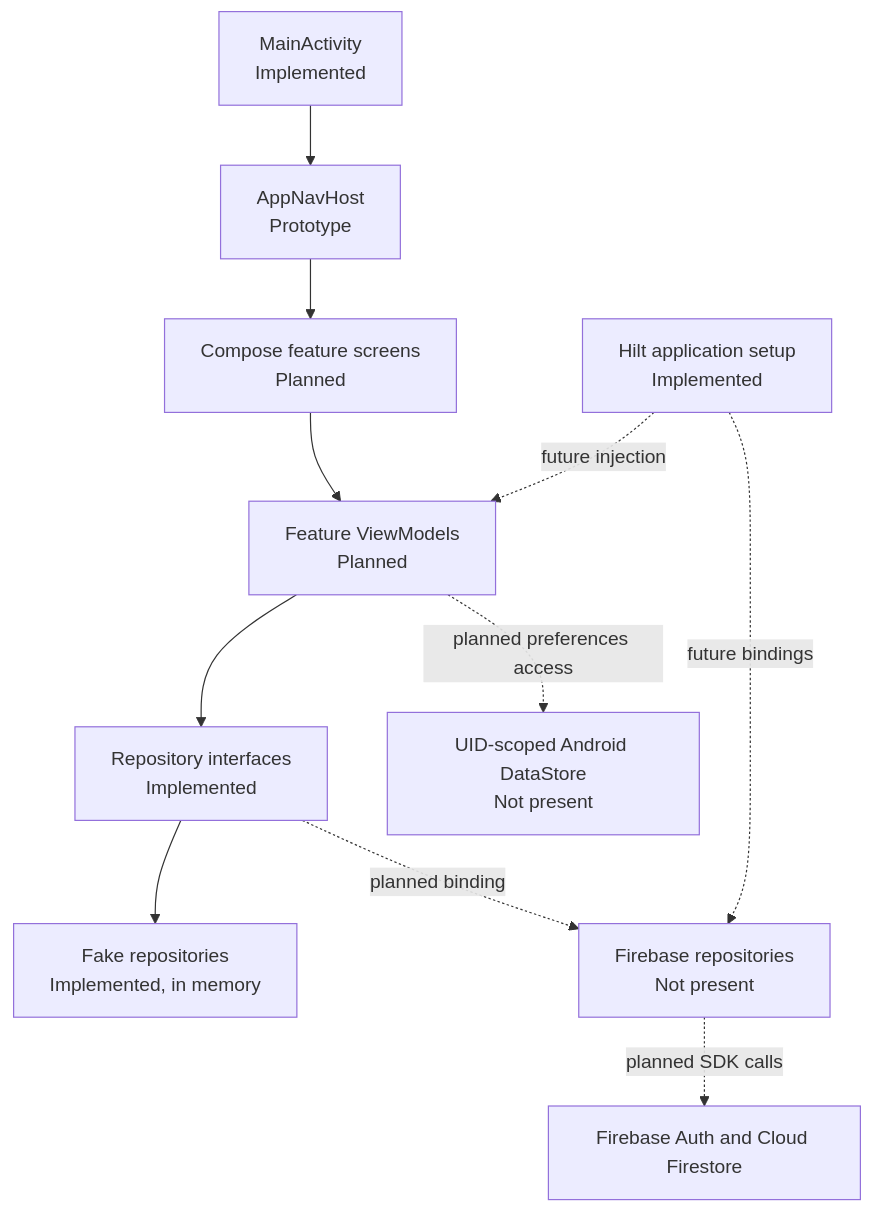
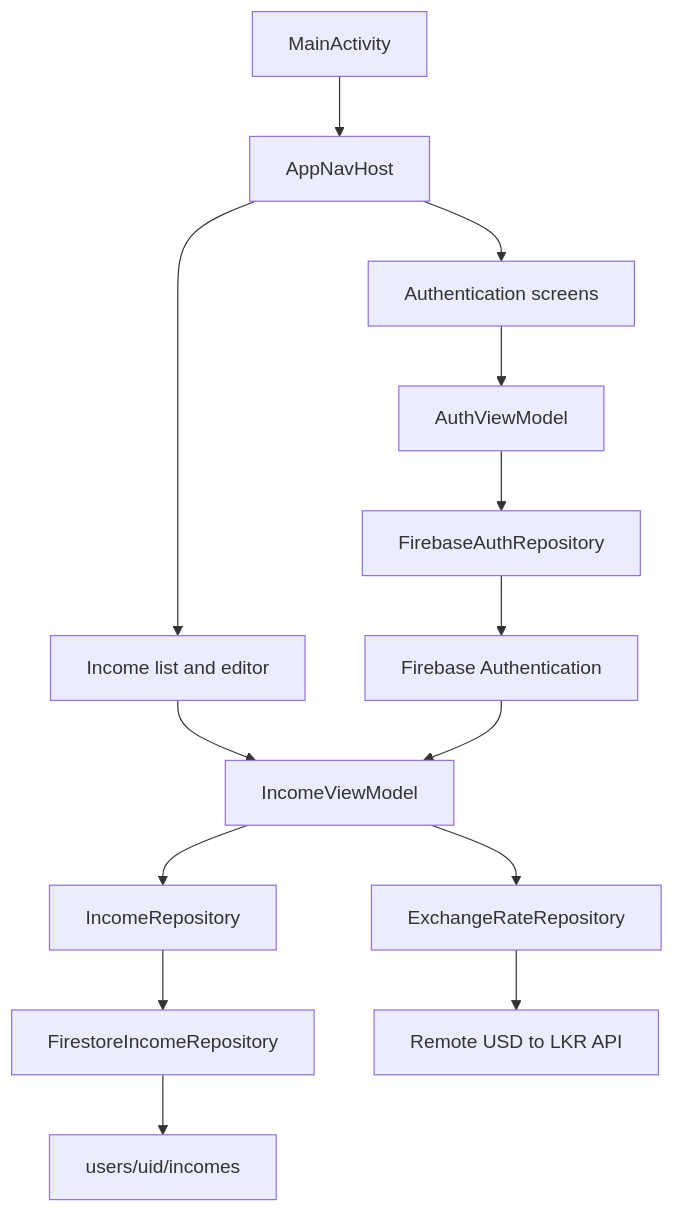
Before and after one commit to MalinduGurunada/kotlin-project: the first of 3 diagrams in docs/architecture.md, drawn with Mermaid. The commit also changed other lines of this file and 3 other files, not shown here.

````diff
--- a/docs/architecture.md
+++ b/docs/architecture.md
@@ -26,13 +27,16 @@
 ```mermaid
 flowchart TD
-    A[MainActivity<br/>Implemented] --> B[AppNavHost<br/>Prototype]
-    B --> C[Compose feature screens<br/>Planned]
-    C --> D[Feature ViewModels<br/>Planned]
-    D --> E[Repository interfaces<br/>Implemented]
-    E --> F[Fake repositories<br/>Implemented, in memory]
-    E -. planned binding .-> G[Firebase repositories<br/>Not present]
-    G -. planned SDK calls .-> H[Firebase Auth and Cloud Firestore]
-    D -. planned preferences access .-> P[UID-scoped Android DataStore<br/>Not present]
-    I[Hilt application setup<br/>Implemented] -. future injection .-> D
-    I -. future bindings .-> G
+    A[MainActivity] --> B[AppNavHost]
+    B --> C[Authentication screens]
+    B --> D[Income list and editor]
+    D --> E[IncomeViewModel]
+    E --> F[IncomeRepository]
+    F --> G[FirestoreIncomeRepository]
+    G --> H[users/uid/incomes]
+    E --> I[ExchangeRateRepository]
+    I --> J[Remote USD to LKR API]
+    C --> K[AuthViewModel]
+    K --> L[FirebaseAuthRepository]
+    L --> M[Firebase Authentication]
+    M --> E
 ```
````
